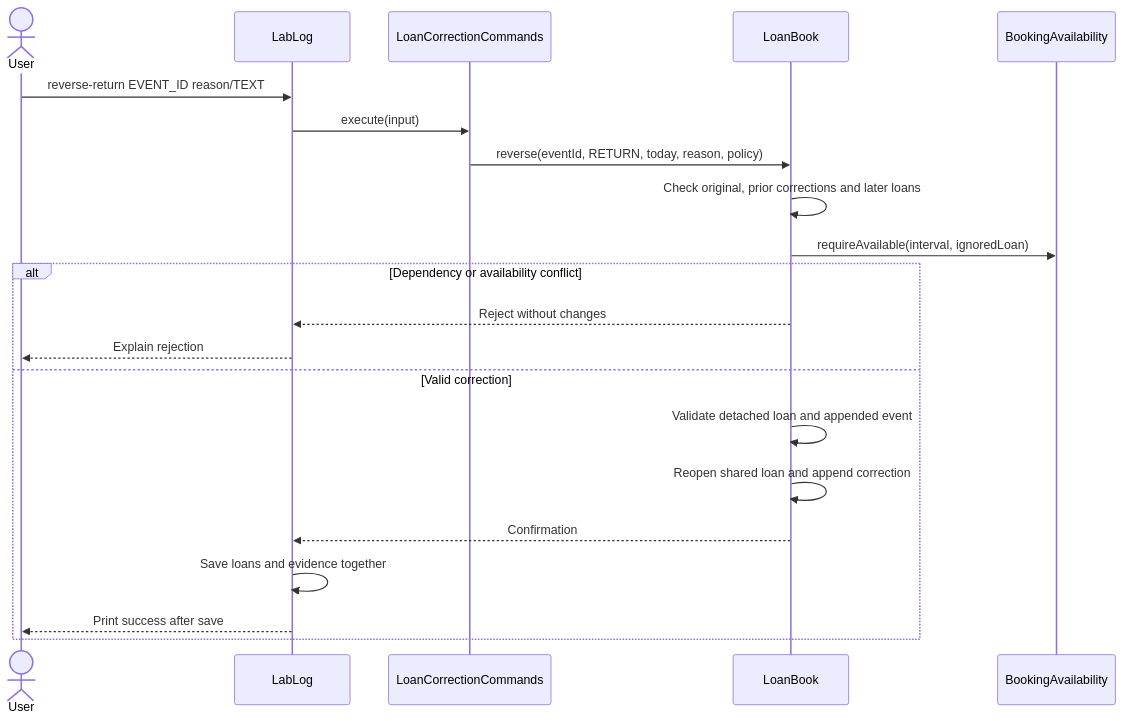
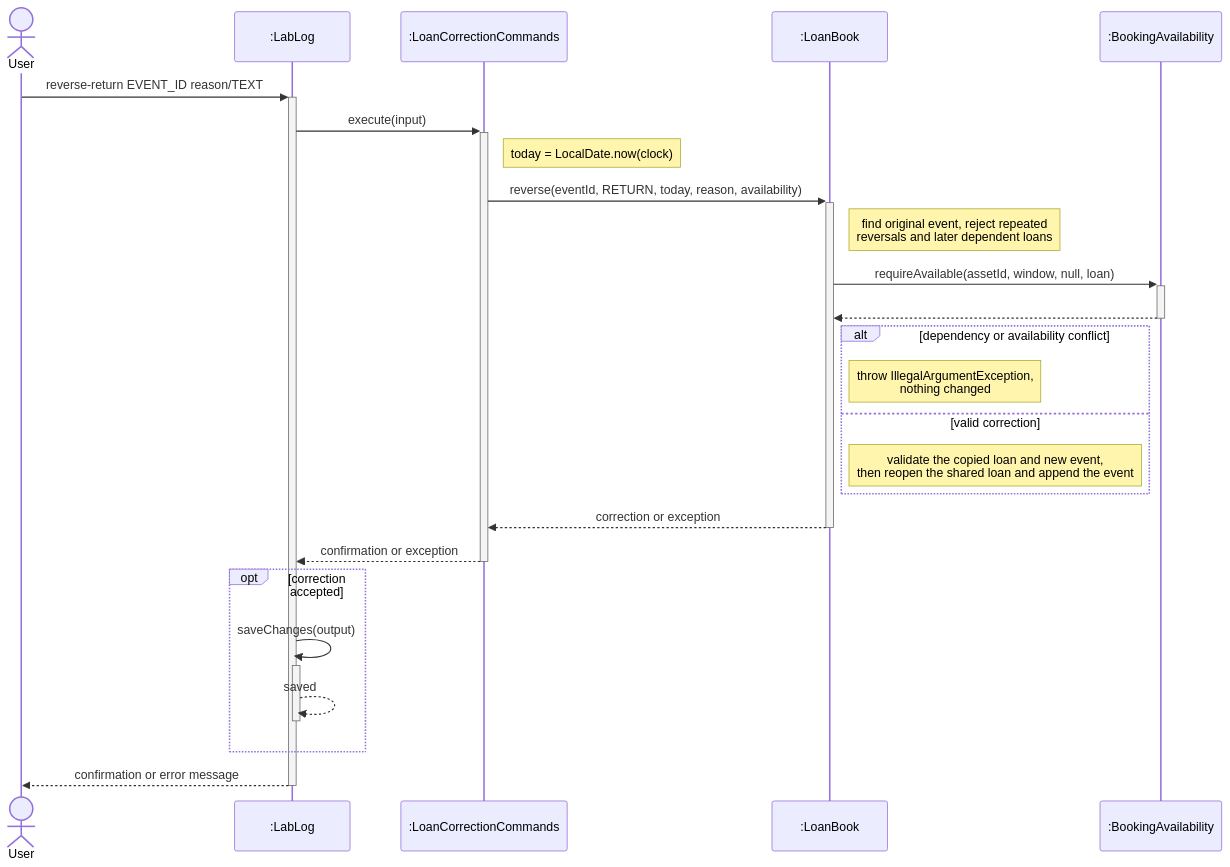
Before and after one commit to AY2627S1-CS2113-W13-3/tp: the tenth of 12 diagrams in docs/DeveloperGuide.md, drawn with Mermaid. The commit also changed other lines of this file and 6 other files, not shown here.

First line of the commit message:
docs: Fix UML diagrams and add DG overview

````diff
--- a/docs/DeveloperGuide.md
+++ b/docs/DeveloperGuide.md
@@ -723,23 +908,27 @@
 ```mermaid
 sequenceDiagram
     actor User
-    participant App as LabLog
-    participant Command as LoanCorrectionCommands
-    participant Book as LoanBook
-    participant Policy as BookingAvailability
-    User->>App: reverse-return EVENT_ID reason/TEXT
-    App->>Command: execute(input)
-    Command->>Book: reverse(eventId, RETURN, today, reason, policy)
-    Book->>Book: Check original, prior corrections and later loans
-    Book->>Policy: requireAvailable(interval, ignoredLoan)
-    alt Dependency or availability conflict
-        Book-->>App: Reject without changes
-        App-->>User: Explain rejection
-    else Valid correction
-        Book->>Book: Validate detached loan and appended event
-        Book->>Book: Reopen shared loan and append correction
-        Book-->>App: Confirmation
-        App->>App: Save loans and evidence together
-        App-->>User: Print success after save
+    participant App as :LabLog
+    participant Command as :LoanCorrectionCommands
+    participant Book as :LoanBook
+    participant Policy as :BookingAvailability
+    User->>+App: reverse-return EVENT_ID reason/TEXT
+    App->>+Command: execute(input)
+    Note right of Command: today = LocalDate.now(clock)
+    Command->>+Book: reverse(eventId, RETURN, today, reason, availability)
+    Note right of Book: find original event, reject repeated<br/>reversals and later dependent loans
+    Book->>+Policy: requireAvailable(assetId, window, null, loan)
+    Policy-->>-Book: #nbsp;
+    alt dependency or availability conflict
+        Note right of Book: throw IllegalArgumentException,<br/>nothing changed
+    else valid correction
+        Note right of Book: validate the copied loan and new event,<br/>then reopen the shared loan and append the event
     end
+    Book-->>-Command: correction or exception
+    Command-->>-App: confirmation or exception
+    opt correction accepted
+        App->>+App: saveChanges(output)
+        App-->>-App: saved
+    end
+    App-->>-User: confirmation or error message
 ```
````
